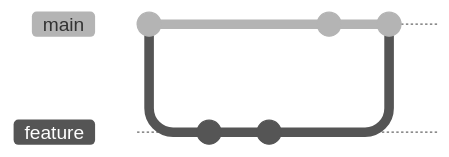
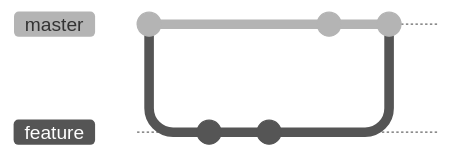
The diagram in assets/mermaid/git/merge-2.mmd (PonomaryovVladyslav/PythonCourses), drawn with Mermaid (neutral theme) before and after one commit. The commit also changed 6 other files, not shown here. Commit ids are hidden.

Commit message:
Change mermaid diagrams: default branch renamed to "master"

```diff
--- a/assets/mermaid/git/merge-2.mmd
+++ b/assets/mermaid/git/merge-2.mmd
@@ -1,8 +1,9 @@
+%%{init: {'gitGraph': {'mainBranchName': 'master'}} }%%
 gitGraph
     commit id: "Initial commit"
     branch feature
     commit
     commit
-    checkout main
+    checkout master
     commit
     merge feature id: "Merge commit" type:NORMAL
```
